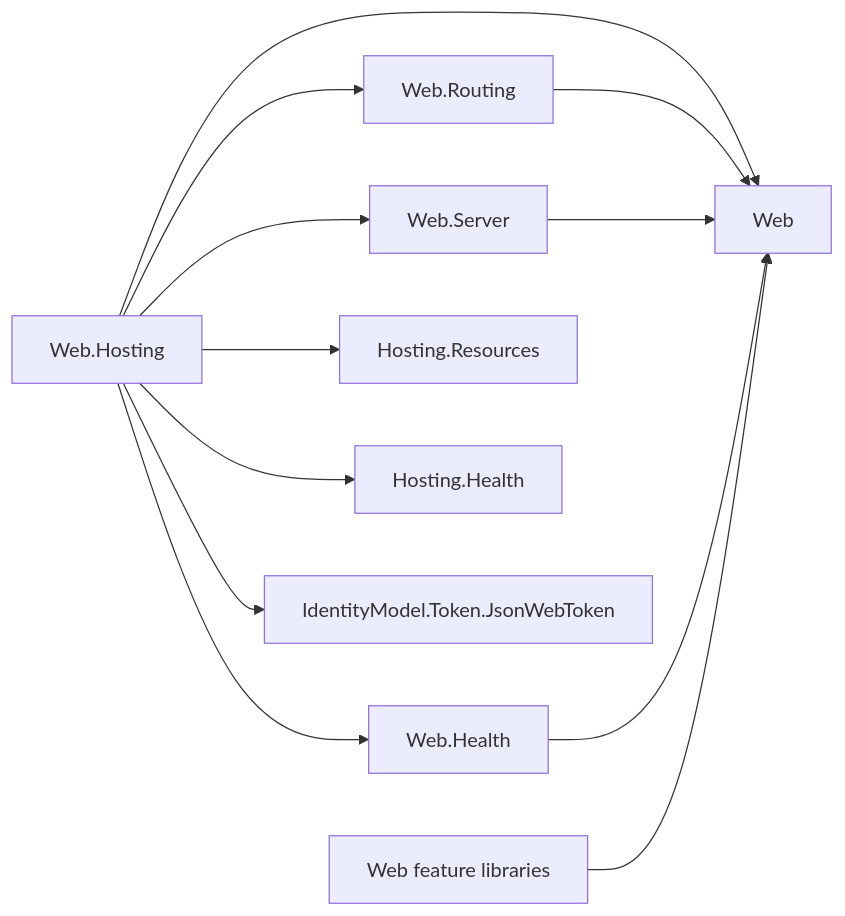
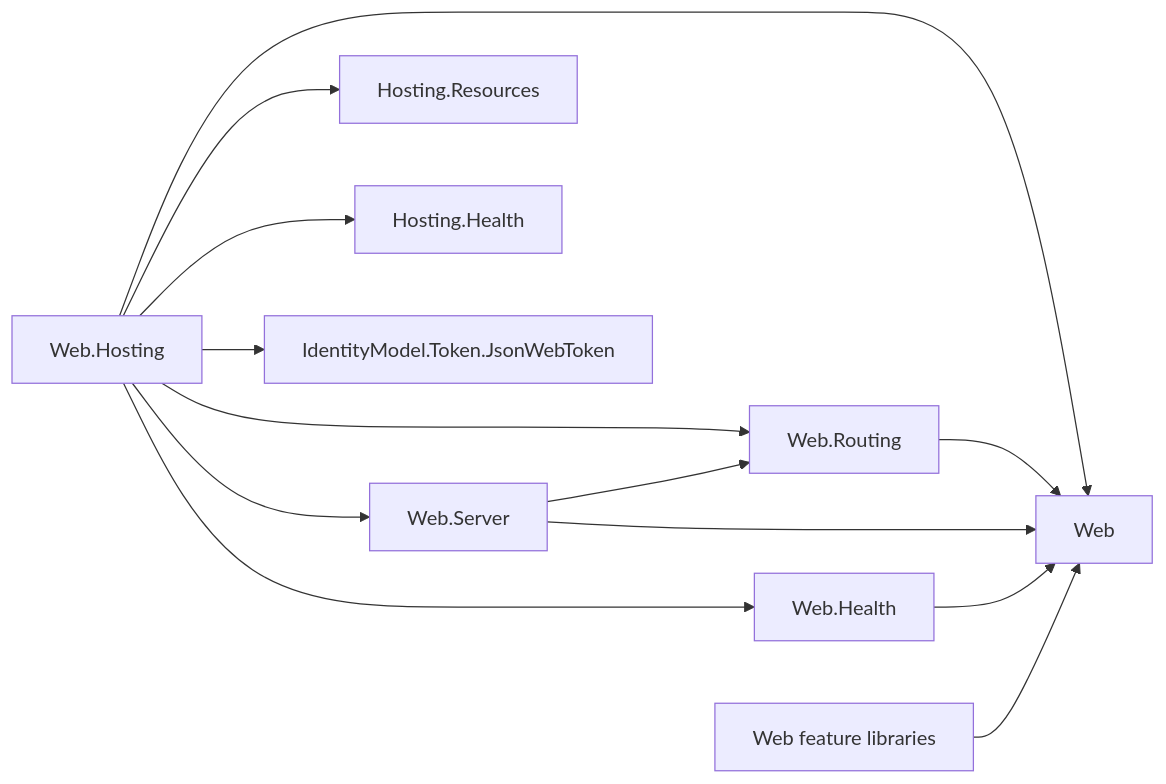
Before and after one commit to assimalign/cohesion: the diagram in resources/Web/README.md, drawn with Mermaid. The commit also changed other lines of this file and 121 other files, not shown here.

````diff
--- a/resources/Web/README.md
+++ b/resources/Web/README.md
@@ -170,14 +170,15 @@
 ```mermaid
 flowchart LR
     Host["Web.Hosting"] --> Root["Web"]
     Host --> Routing["Web.Routing"]
     Host --> Server["Web.Server"]
     Host --> Health["Web.Health"]
     Routing --> Root
     Server --> Root
+    Server --> Routing
     Host --> HR["Hosting.Resources"]
     Host --> HH["Hosting.Health"]
     Host --> JWT["IdentityModel.Token.JsonWebToken"]
     Health --> Root
     Feature["Web feature libraries"] --> Root
 ```
````
